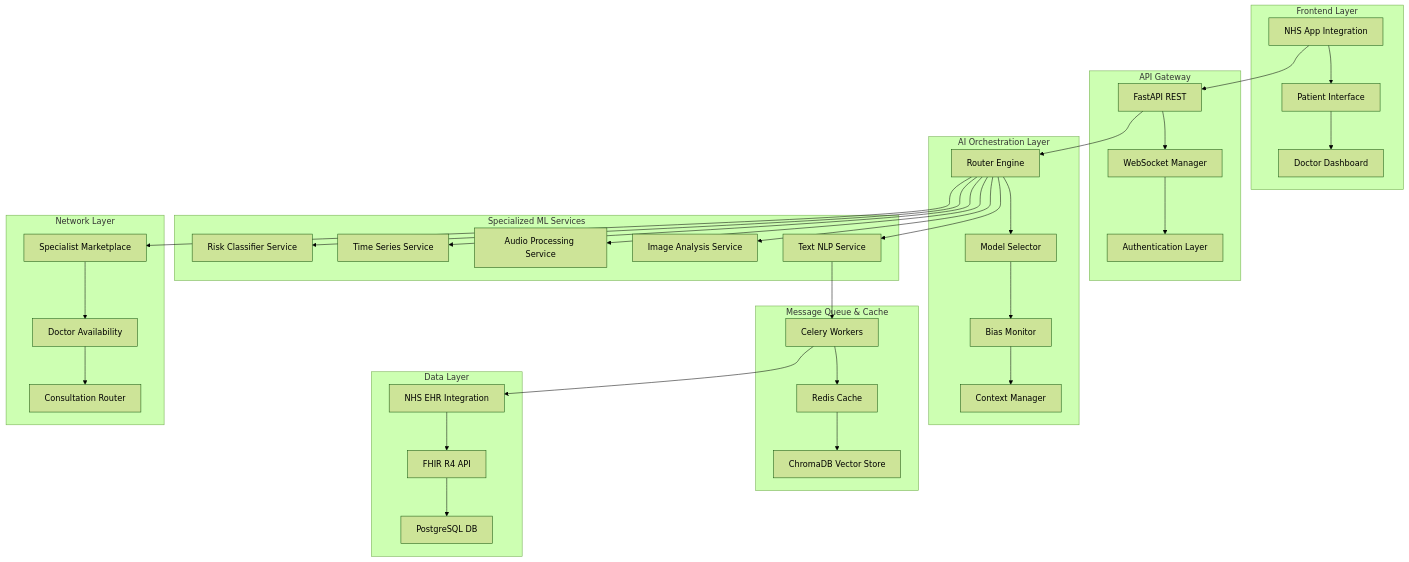
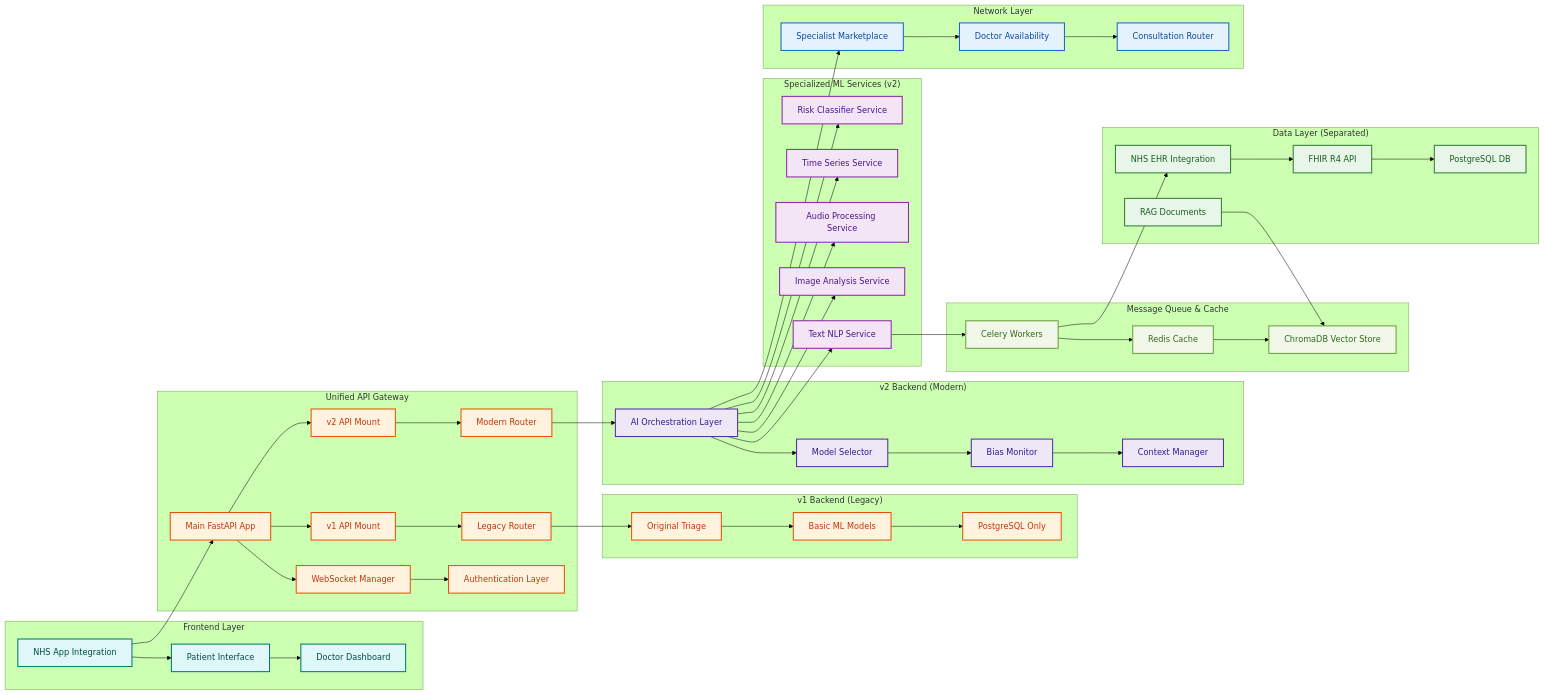
The diagram in README.md (hr1juldey/FairWorks_FairDOC), drawn with Mermaid (forest theme) before and after one commit. The commit also changed other lines of this file and 114 other files, not shown here.

````diff
--- a/README.md
+++ b/README.md
@@ -43,48 +44,83 @@
 ```mermaid
-graph TB
+graph LR
+    %% Frontend Layer
     subgraph "Frontend Layer"
-        A[NHS App Integration] --> B[Patient Interface]
-        B --> C[Doctor Dashboard]
+        A[NHS App Integration]:::frontend --> B[Patient Interface]:::frontend
+        B --> C[Doctor Dashboard]:::frontend
     end
-    
-    subgraph "API Gateway"
-        D[FastAPI REST] --> E[WebSocket Manager]
-        E --> F[Authentication Layer]
+
+    %% API Gateway
+    subgraph "Unified API Gateway"
+        D[Main FastAPI App]:::gateway --> E[WebSocket Manager]:::gateway
+        E --> F[Authentication Layer]:::gateway
+        D --> G[v1 API Mount]:::gateway
+        D --> H[v2 API Mount]:::gateway
+        G --> I[Legacy Router]:::gateway
+        H --> J[Modern Router]:::gateway
     end
-    
-    subgraph "AI Orchestration Layer"
-        G[Router Engine] --> H[Model Selector]
-        H --> I[Bias Monitor]
-        I --> J[Context Manager]
+
+    %% v1 Backend (Legacy)
+    subgraph "v1 Backend (Legacy)"
+        I --> K[Original Triage]:::gateway
+        K --> L[Basic ML Models]:::gateway
+        L --> M[PostgreSQL Only]:::gateway
     end
-    
-    subgraph "Specialized ML Services"
-        K[Text NLP Service]
-        L[Image Analysis Service]
-        M[Audio Processing Service]
-        N[Time Series Service]
-        O[Risk Classifier Service]
+
+    %% v2 Backend (Modern)
+    subgraph "v2 Backend (Modern)"
+        J --> N[AI Orchestration Layer]:::ai
+        N --> O[Model Selector]:::ai
+        O --> P[Bias Monitor]:::ai
+        P --> Q[Context Manager]:::ai
     end
-    
+
+    %% Specialized ML Services (v2)
+    subgraph "Specialized ML Services (v2)"
+        R[Text NLP Service]:::ml
+        S[Image Analysis Service]:::ml
+        T[Audio Processing Service]:::ml
+        U[Time Series Service]:::ml
+        V[Risk Classifier Service]:::ml
+    end
+
+    %% Message Queue & Cache
     subgraph "Message Queue & Cache"
-        P[Celery Workers] --> Q[Redis Cache]
-        Q --> R[ChromaDB Vector Store]
+        W[Celery Workers]:::queue --> X[Redis Cache]:::queue
+        X --> Y[ChromaDB Vector Store]:::queue
     end
-    
-    subgraph "Data Layer"
-        S[NHS EHR Integration] --> T[FHIR R4 API]
-        T --> U[PostgreSQL DB]
+
+    %% Data Layer (Separated)
+    subgraph "Data Layer (Separated)"
+        Z[NHS EHR Integration]:::data --> AA[FHIR R4 API]:::data
+        AA --> BB[PostgreSQL DB]:::data
+        CC[RAG Documents]:::data --> Y
     end
-    
+
+    %% Network Layer
     subgraph "Network Layer"
-        V[Specialist Marketplace] --> W[Doctor Availability]
-        W --> X[Consultation Router]
+        DD[Specialist Marketplace]:::network --> EE[Doctor Availability]:::network
+        EE --> FF[Consultation Router]:::network
     end
-    
+
+    %% Cross-Layer Interactions
     A --> D
-    D --> G
-    G --> K & L & M & N & O
-    K --> P
-    G --> V
-    P --> S
+    N --> R
+    N --> S
+    N --> T
+    N --> U
+    N --> V
+    R --> W
+    N --> DD
+    W --> Z
+
+    %% Define custom styles
+    classDef frontend fill:#e0f7fa,stroke:#00796b,stroke-width:2px,color:#004d40;
+    classDef gateway  fill:#fff3e0,stroke:#e65100,stroke-width:2px,color:#bf360c;
+    classDef ai       fill:#ede7f6,stroke:#512da8,stroke-width:2px,color:#311b92;
+    classDef ml       fill:#f3e5f5,stroke:#8e24aa,stroke-width:2px,color:#4a148c;
+    classDef queue    fill:#f1f8e9,stroke:#689f38,stroke-width:2px,color:#33691e;
+    classDef data     fill:#e8f5e9,stroke:#2e7d32,stroke-width:2px,color:#1b5e20;
+    classDef network  fill:#e3f2fd,stroke:#1565c0,stroke-width:2px,color:#0d47a1;
+
+
 ```
````
